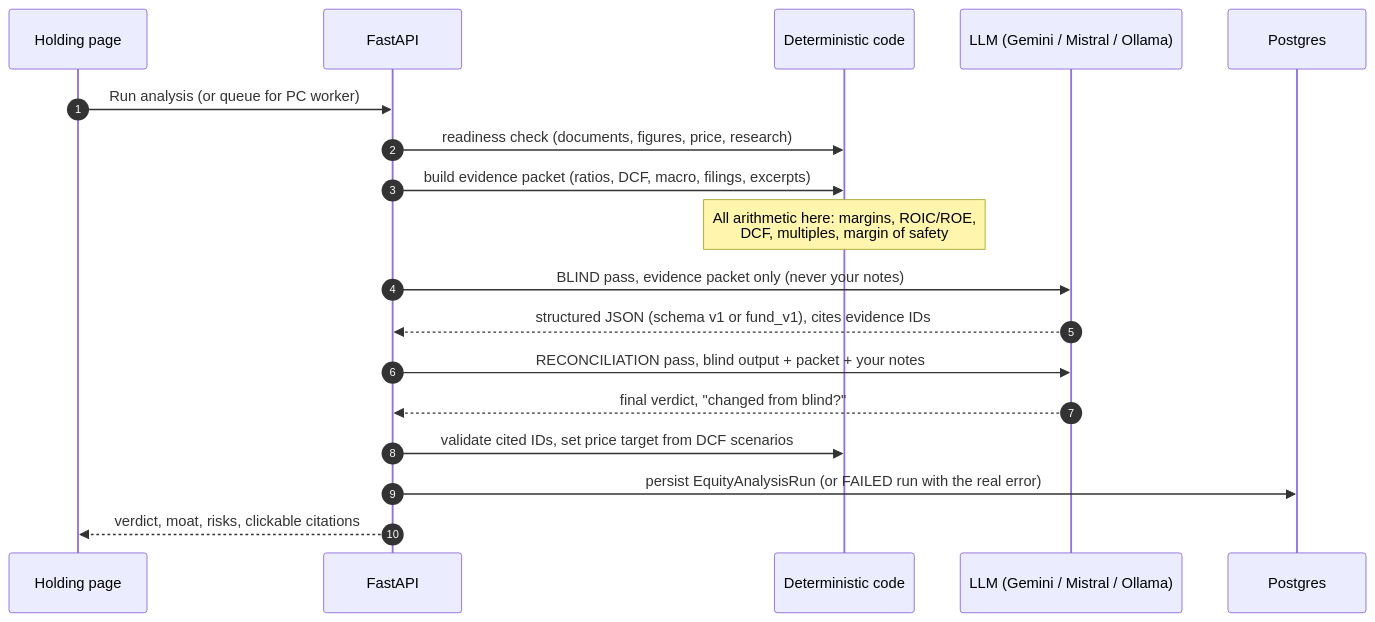
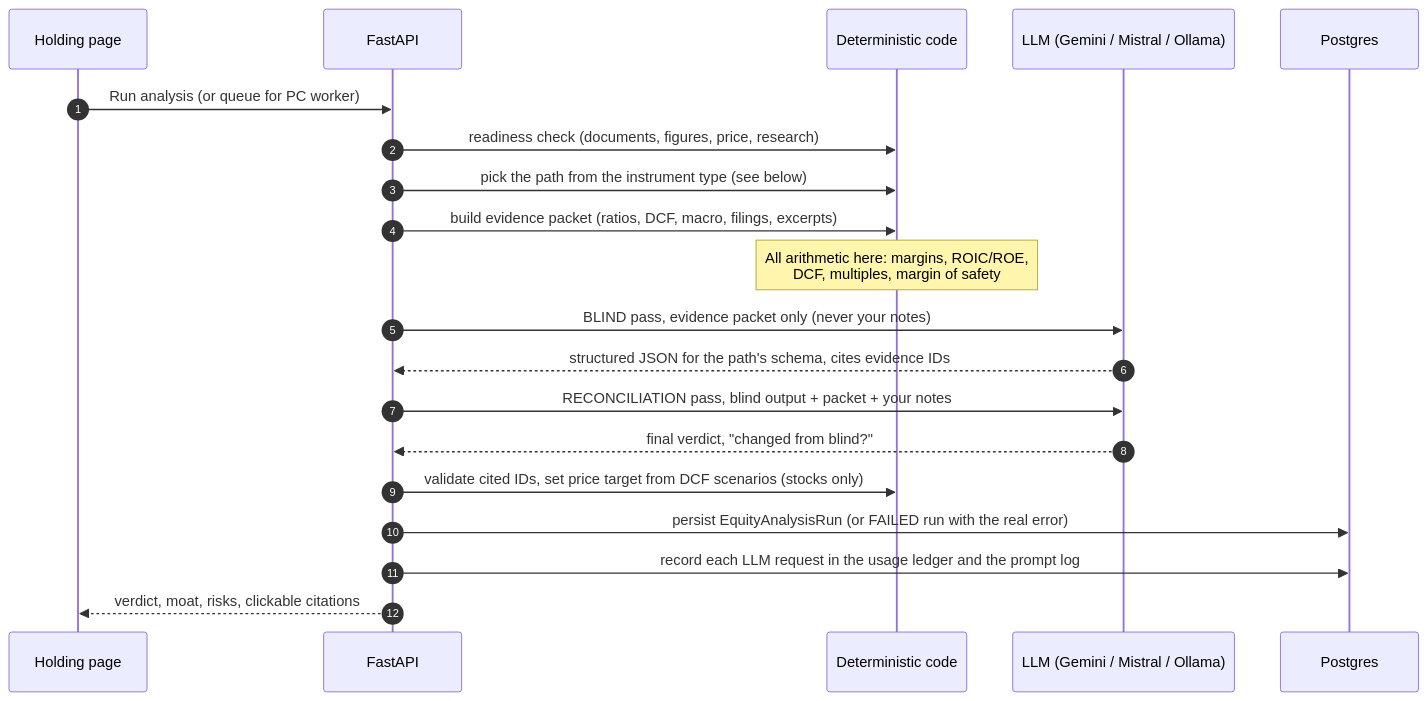
One commit to frmingest/Aladdin changed the second of 7 diagrams in docs/architecture.md. Above: the diagram before and after it, drawn with Mermaid. The commit also changed other lines of this file and 10 other files, not shown here.

First line of the commit message:
Docs housekeeping: rewrite architecture, refresh reference docs, fix index and links

````diff
--- a/docs/architecture.md
+++ b/docs/architecture.md
@@ -83,21 +91,23 @@
 ```mermaid
 sequenceDiagram
   autonumber
   participant UI as Holding page
   participant API as FastAPI
   participant DET as Deterministic code
   participant LLM as LLM (Gemini / Mistral / Ollama)
   participant DB as Postgres
 
   UI->>API: Run analysis (or queue for PC worker)
   API->>DET: readiness check (documents, figures, price, research)
+  API->>DET: pick the path from the instrument type (see below)
   API->>DET: build evidence packet (ratios, DCF, macro, filings, excerpts)
   Note over DET: All arithmetic here: margins, ROIC/ROE,<br/>DCF, multiples, margin of safety
   API->>LLM: BLIND pass, evidence packet only (never your notes)
-  LLM-->>API: structured JSON (schema v1 or fund_v1), cites evidence IDs
+  LLM-->>API: structured JSON for the path's schema, cites evidence IDs
   API->>LLM: RECONCILIATION pass, blind output + packet + your notes
   LLM-->>API: final verdict, "changed from blind?"
-  API->>DET: validate cited IDs, set price target from DCF scenarios
+  API->>DET: validate cited IDs, set price target from DCF scenarios (stocks only)
   API->>DB: persist EquityAnalysisRun (or FAILED run with the real error)
+  API->>DB: record each LLM request in the usage ledger and the prompt log
   API-->>UI: verdict, moat, risks, clickable citations
 ```
````
